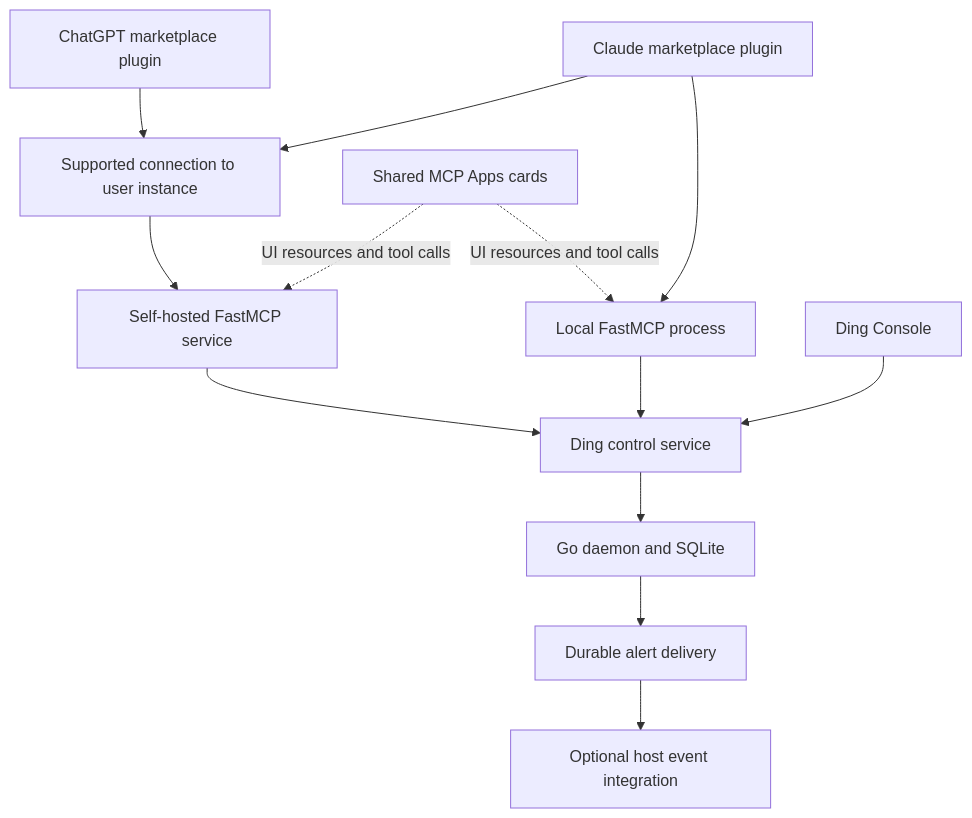
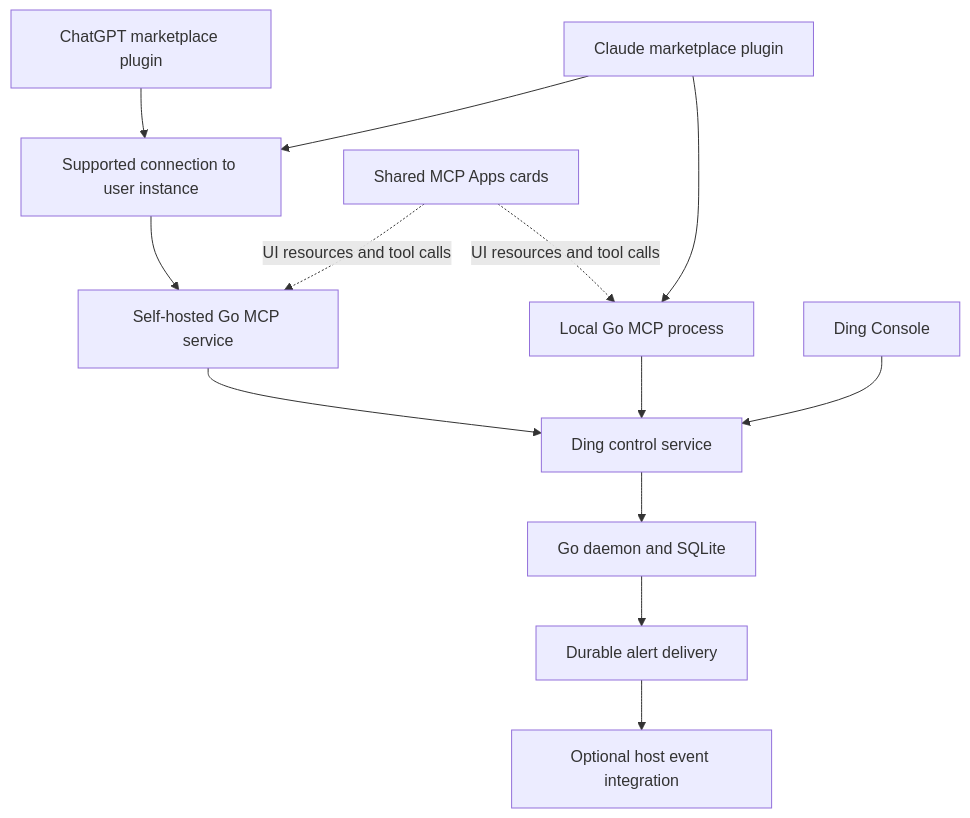
Before and after one commit to ding-labs/ding: the diagram in docs/development/llm-integration-plan.md, drawn with Mermaid. The commit also changed other lines of this file and 29 other files, not shown here.

````diff
--- a/docs/development/llm-integration-plan.md
+++ b/docs/development/llm-integration-plan.md
@@ -76,15 +76,15 @@
 ```mermaid
 flowchart TB
     C[ChatGPT marketplace plugin] --> G[Supported connection to user instance]
     A[Claude marketplace plugin] --> G
-    A --> L[Local FastMCP process]
-    G --> M[Self-hosted FastMCP service]
+    A --> L[Local Go MCP process]
+    G --> M[Self-hosted Go MCP service]
     L --> S[Ding control service]
     M --> S
     B[Ding Console] --> S
     S --> D[Go daemon and SQLite]
     D --> N[Durable alert delivery]
     N --> E[Optional host event integration]
     U[Shared MCP Apps cards] -. UI resources and tool calls .-> M
     U -. UI resources and tool calls .-> L
 ```
````
